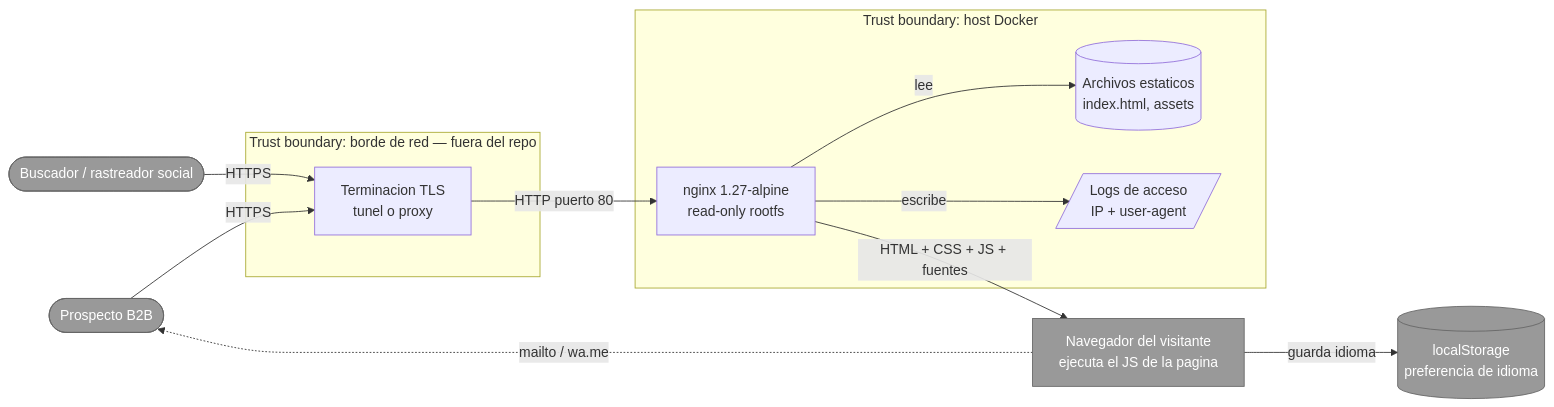
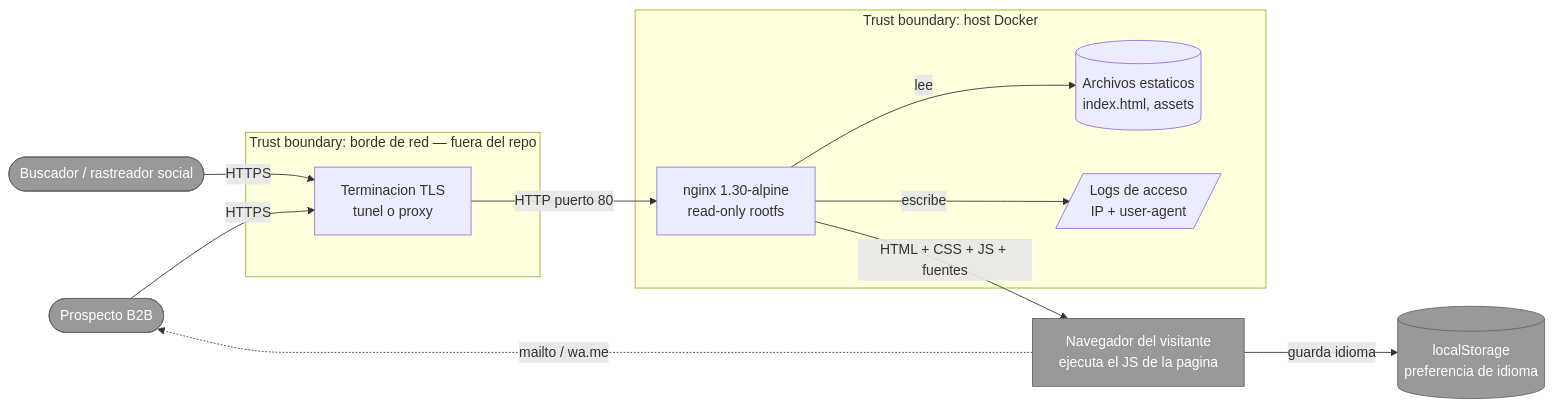
One commit to higerotech/landing changed the fourth of 5 diagrams in docs/01-requirements/landing-corporativa.md. Above: the diagram before and after it, drawn with Mermaid. The commit also changed other lines of this file and 10 other files, not shown here.

First line of the commit message:
sec(docker): subir la imagen base a nginx:1.30-alpine

````diff
--- a/docs/01-requirements/landing-corporativa.md
+++ b/docs/01-requirements/landing-corporativa.md
@@ -247,29 +247,29 @@
 ```mermaid
 flowchart LR
     P([Prospecto B2B]):::ext
     B([Buscador / rastreador social]):::ext
 
     subgraph BORDE [Trust boundary: borde de red — fuera del repo]
       TLS[Terminacion TLS<br/>tunel o proxy]
     end
 
     subgraph HOST [Trust boundary: host Docker]
-      NG[nginx 1.27-alpine<br/>read-only rootfs]
+      NG[nginx 1.30-alpine<br/>read-only rootfs]
       FS[(Archivos estaticos<br/>index.html, assets)]
       LOG[/Logs de acceso<br/>IP + user-agent/]
     end
 
     NAV[Navegador del visitante<br/>ejecuta el JS de la pagina]:::ext
     LS[(localStorage<br/>preferencia de idioma)]:::ext
 
     P -->|HTTPS| TLS
     B -->|HTTPS| TLS
     TLS -->|HTTP puerto 80| NG
     NG -->|lee| FS
     NG -->|escribe| LOG
     NG -->|HTML + CSS + JS + fuentes| NAV
     NAV -->|guarda idioma| LS
     NAV -.->|mailto / wa.me| P
 
     classDef ext fill:#999999,color:#ffffff,stroke:#666666
 ```
````
